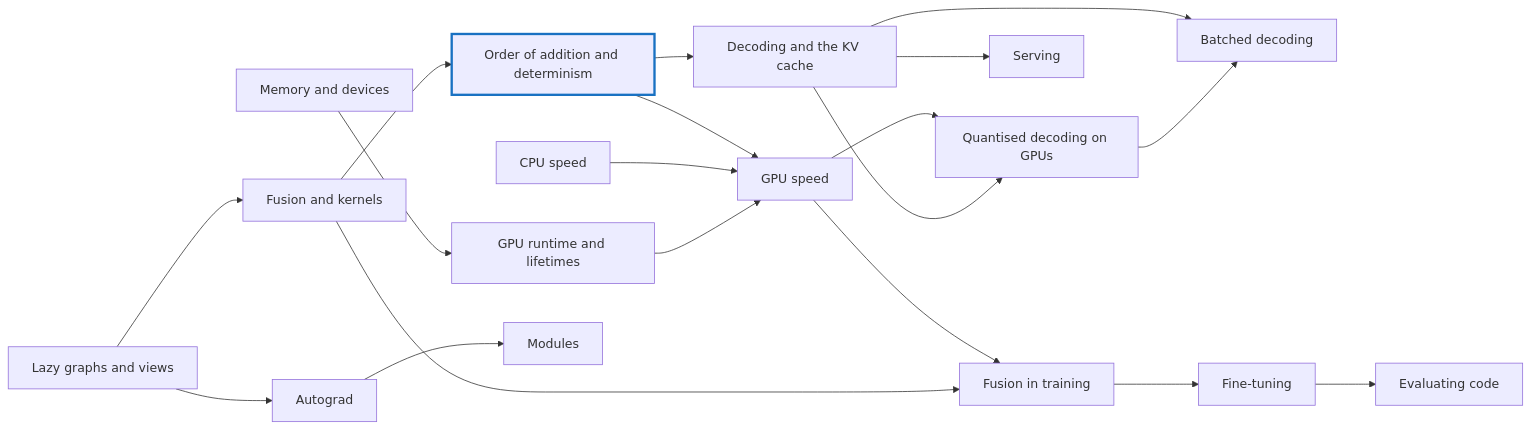
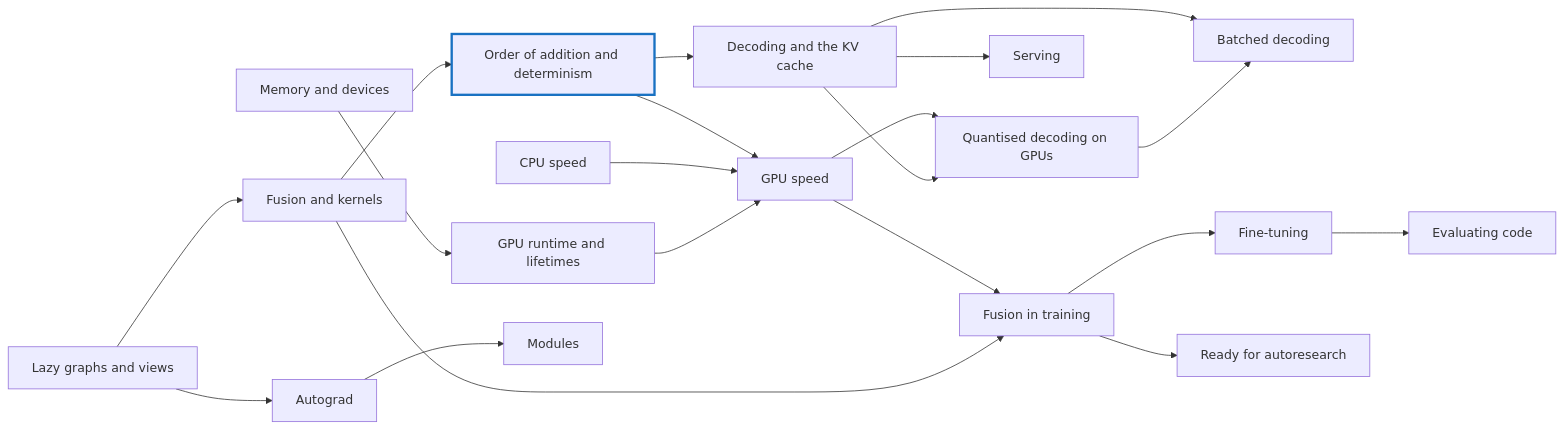
Before and after one commit to nogginly/tensomite.cr: the diagram in faq/README.md, drawn with Mermaid. The commit also changed other lines of this file and 10 other files, not shown here.

````diff
--- a/faq/README.md
+++ b/faq/README.md
@@ -7,22 +7,23 @@
 ```mermaid
 flowchart LR
     graphs["Lazy graphs and views"] --> fusion["Fusion and kernels"]
     graphs --> autograd["Autograd"]
     memory["Memory and devices"] --> runtime["GPU runtime and lifetimes"]
     fusion --> order["Order of addition and determinism"]
     order --> gpuspeed["GPU speed"]
     cpuspeed["CPU speed"] --> gpuspeed
     autograd --> modules["Modules"]
     order --> decode["Decoding and the KV cache"]
     runtime --> gpuspeed
     gpuspeed --> training["Fusion in training"]
     fusion --> training
     decode --> serving["Serving"]
     gpuspeed --> quantgpu["Quantised decoding on GPUs"]
     decode --> quantgpu
     decode --> batched["Batched decoding"]
     quantgpu --> batched
     training --> finetune["Fine-tuning"]
     finetune --> evaluate["Evaluating code"]
+    training --> ready["Ready for autoresearch"]
     style order stroke:#1971c2,stroke-width:3px
 ```
````
